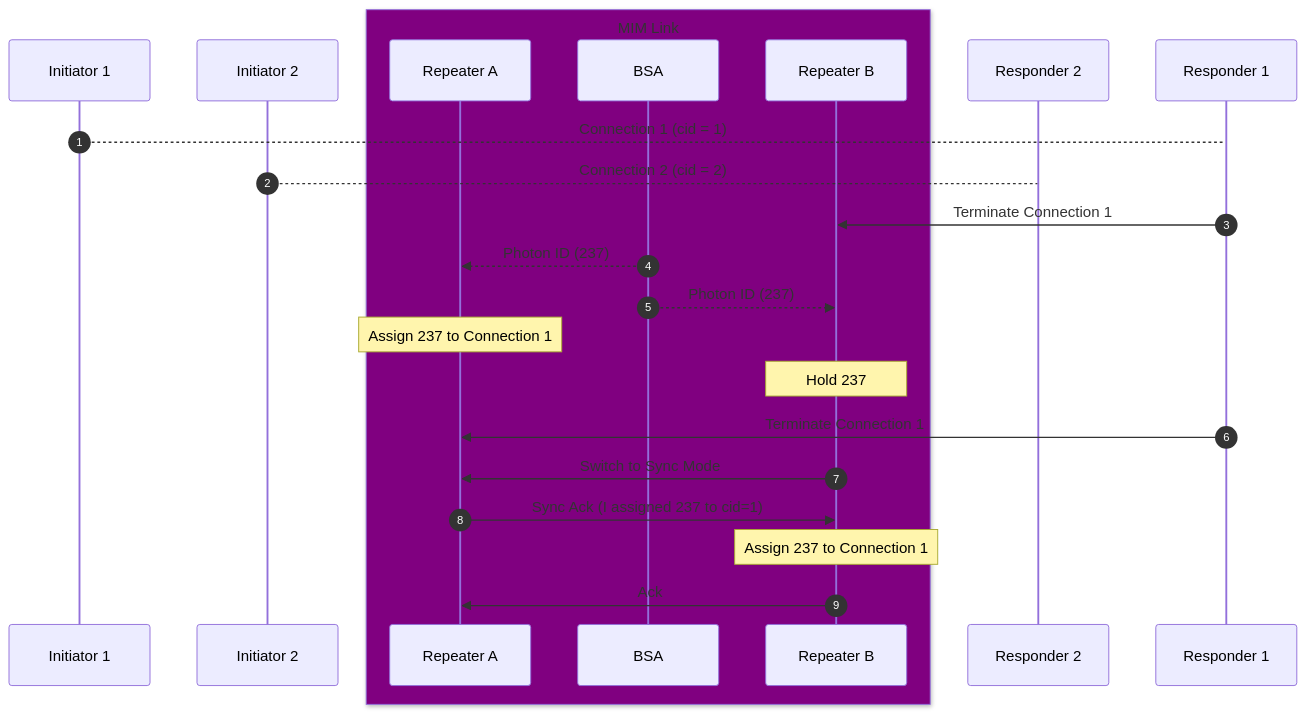
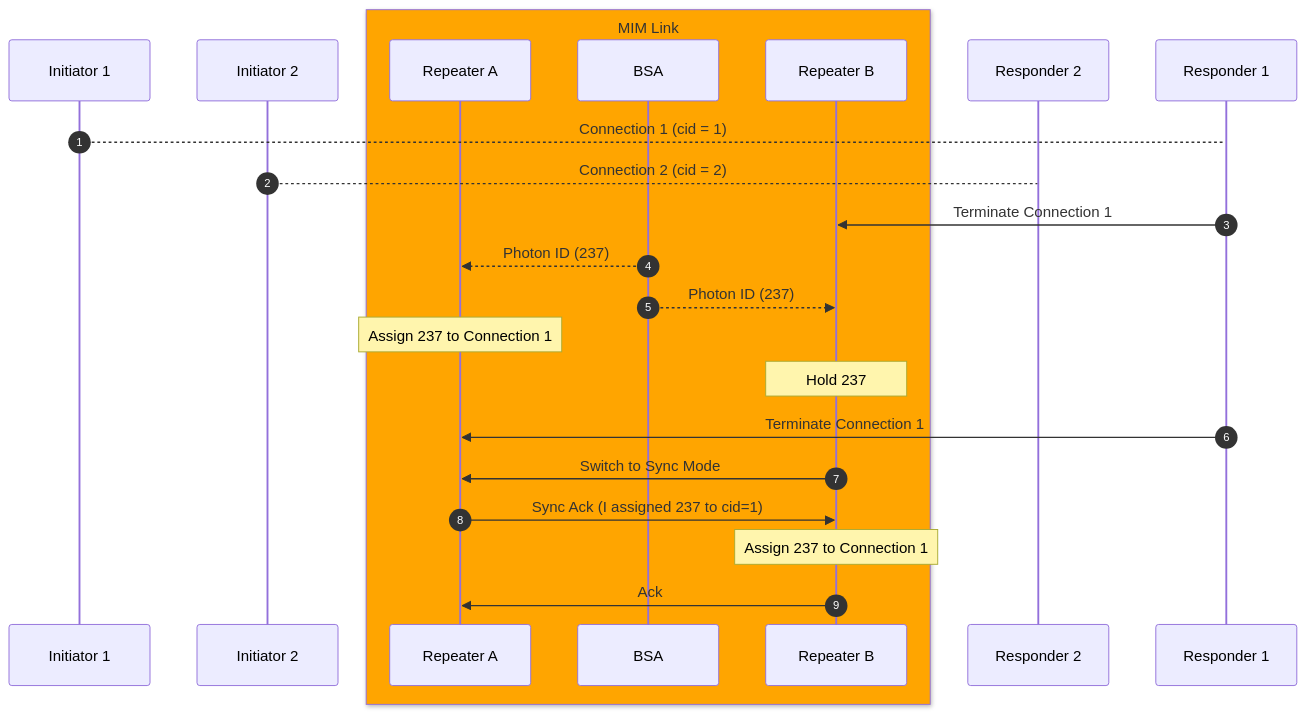
One commit to sfc-aqua/RuleSetSpec changed the first of 2 diagrams in 2.1.2.ConnectionTeardown.md. Above: the diagram before and after it, drawn with Mermaid. The commit also changed other lines of this file and 1 other file, not shown here.

Commit message:
recolor diagrams

````diff
--- a/2.1.2.ConnectionTeardown.md
+++ b/2.1.2.ConnectionTeardown.md
@@ -7,33 +7,33 @@
 ```mermaid
 sequenceDiagram
     autonumber
     participant i1 as Initiator 1
     participant i2 as Initiator 2 
-    box Purple MIM Link
+    box Orange MIM Link
     participant ra as Repeater A
     participant bsa as BSA
     participant rb as Repeater B
     end 
     participant r2 as Responder 2
     participant r1 as Responder 1
 
     %% Connection between initiator and responder
     i1 --> r1: Connection 1 (cid = 1)
     i2 --> r2: Connection 2 (cid = 2)
     
     %% Send terminate notification to Repeater B
     r1 ->> rb: Terminate Connection 1
 
     %% Now all the operations are done asynchronously
     bsa -->> ra: Photon ID (237)
     bsa -->> rb: Photon ID (237)
     
     Note over ra: Assign 237 to Connection 1
     Note over rb: Hold 237
     
     r1 ->> ra: Terminate Connection 1
     rb ->> ra: Switch to Sync Mode
     ra ->> rb: Sync Ack (I assigned 237 to cid=1)
     Note over rb: Assign 237 to Connection 1
     rb ->> ra: Ack
 ```
````
